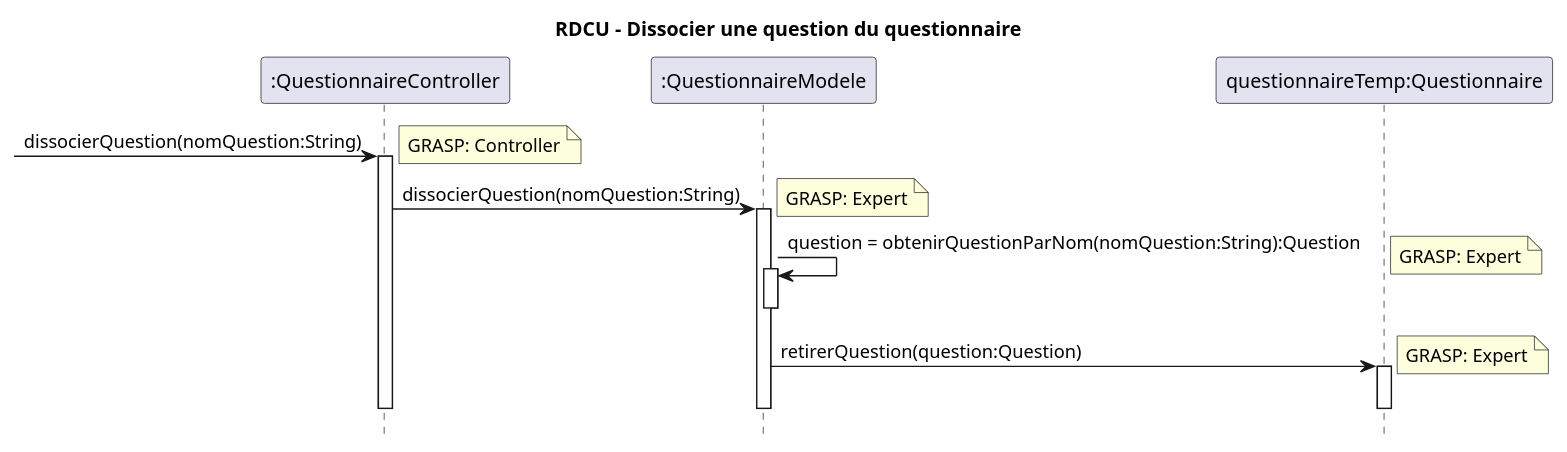
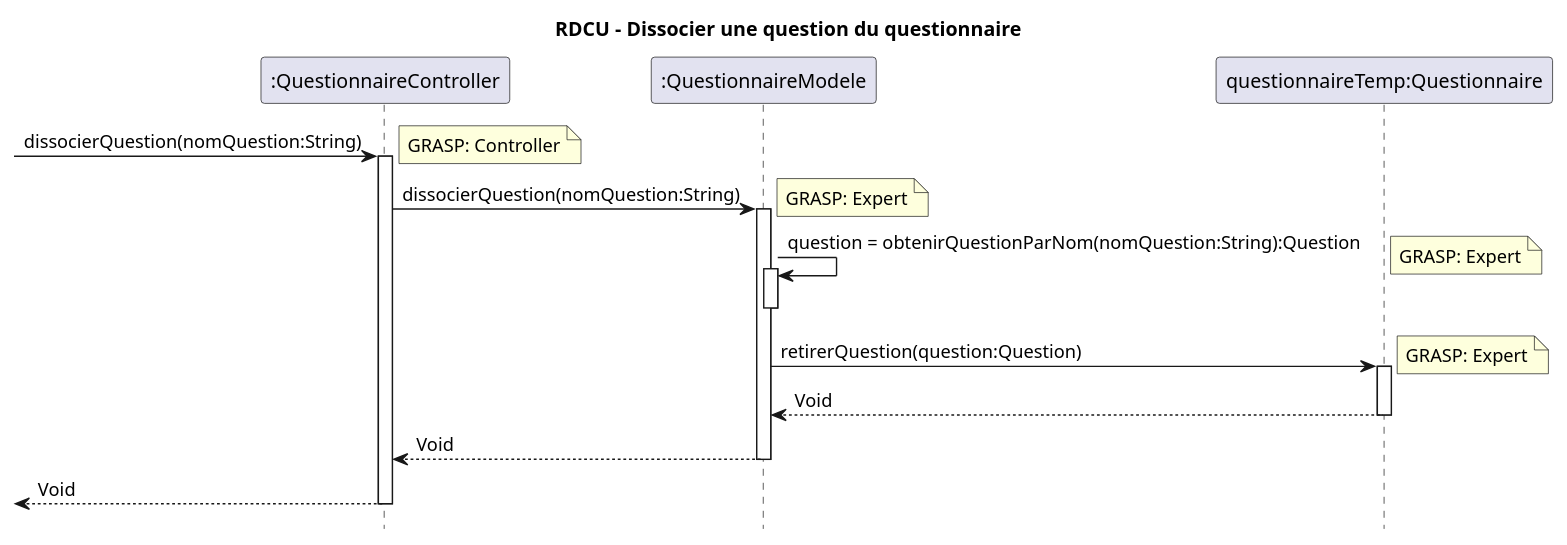
The diagram in docs/modeles/cu05/rdcu-dissocier-question.puml (xMrYahya/moodle-clone), drawn with PlantUML before and after one commit. The commit also changed 14 other files, not shown here.

```diff
--- a/docs/modeles/cu05/rdcu-dissocier-question.puml
+++ b/docs/modeles/cu05/rdcu-dissocier-question.puml
@@ -1,23 +1,26 @@
 @startuml
 hide footbox
 title RDCU - Dissocier une question du questionnaire
 
 participant ":QuestionnaireController" as controller
 participant ":QuestionnaireModele" as questionnaireModele
 participant "questionnaireTemp:Questionnaire" as temp
 
 -> controller : dissocierQuestion(nomQuestion:String)
     note right: GRASP: Controller
     activate controller
     controller -> questionnaireModele ++: dissocierQuestion(nomQuestion:String)
     note right: GRASP: Expert
     questionnaireModele -> questionnaireModele ++: question = obtenirQuestionParNom(nomQuestion:String):Question
     note right: GRASP: Expert
     deactivate questionnaireModele
     questionnaireModele -> temp ++: retirerQuestion(question:Question)
     note right: GRASP: Expert
+    questionnaireModele <-- temp : Void
     deactivate temp
+    controller <-- questionnaireModele : Void
     deactivate questionnaireModele
+    <-- controller : Void
     deactivate controller
 
 @enduml
```
